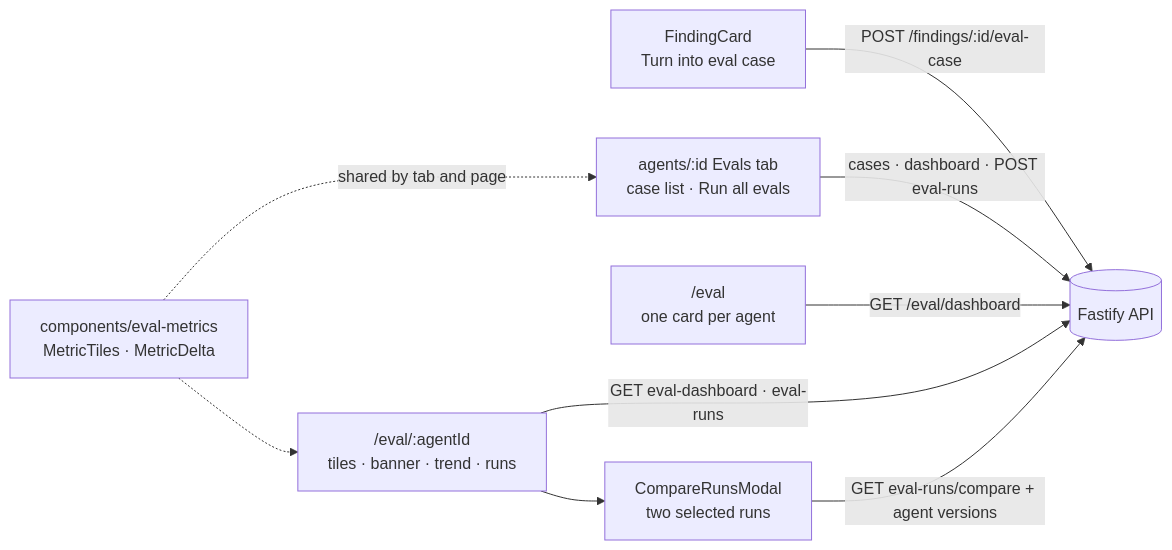
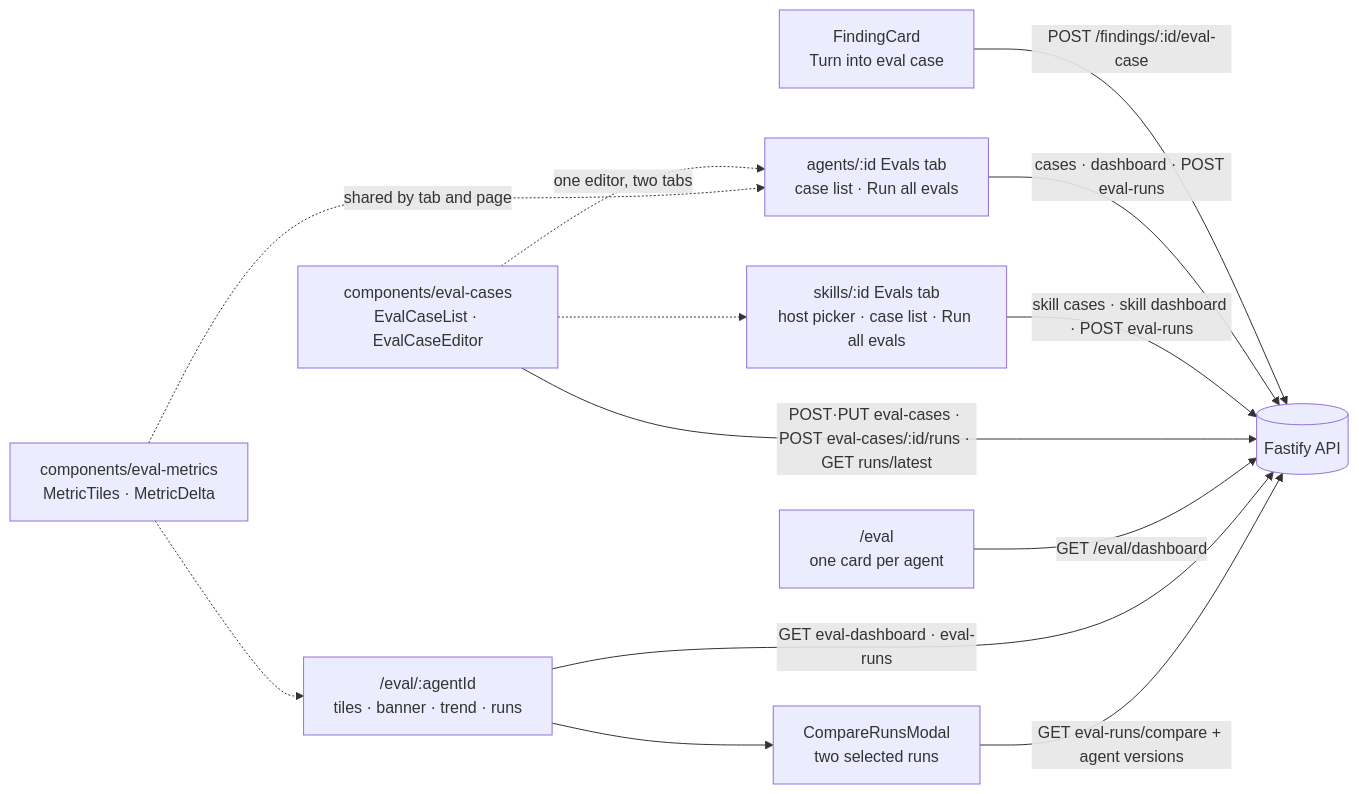
Before and after one commit to dmitrii1600/dev-digest: the third of 3 diagrams in client/README.md, drawn with Mermaid. The commit also changed other lines of this file and 60 other files, not shown here.

First line of the commit message:
feat(evals): eval case authoring — manual cases and editor, single-case runs, skill-level evals

````diff
--- a/client/README.md
+++ b/client/README.md
@@ -150,11 +151,15 @@
 ```mermaid
 flowchart LR
   CARD["FindingCard<br/>Turn into eval case"] -->|"POST /findings/:id/eval-case"| API[("Fastify API")]
   TAB["agents/:id Evals tab<br/>case list · Run all evals"] -->|"cases · dashboard · POST eval-runs"| API
+  STAB["skills/:id Evals tab<br/>host picker · case list · Run all evals"] -->|"skill cases · skill dashboard · POST eval-runs"| API
+  CASEUI["components/eval-cases<br/>EvalCaseList · EvalCaseEditor"] -.->|"one editor, two tabs"| TAB
+  CASEUI -.-> STAB
+  CASEUI -->|"POST·PUT eval-cases · POST eval-cases/:id/runs · GET runs/latest"| API
   DASH["/eval<br/>one card per agent"] -->|"GET /eval/dashboard"| API
   PAGE["/eval/:agentId<br/>tiles · banner · trend · runs"] -->|"GET eval-dashboard · eval-runs"| API
   PAGE --> CMP["CompareRunsModal<br/>two selected runs"]
   CMP -->|"GET eval-runs/compare + agent versions"| API
   TILES["components/eval-metrics<br/>MetricTiles · MetricDelta"] -.->|"shared by tab and page"| TAB
   TILES -.-> PAGE
 ```
````
